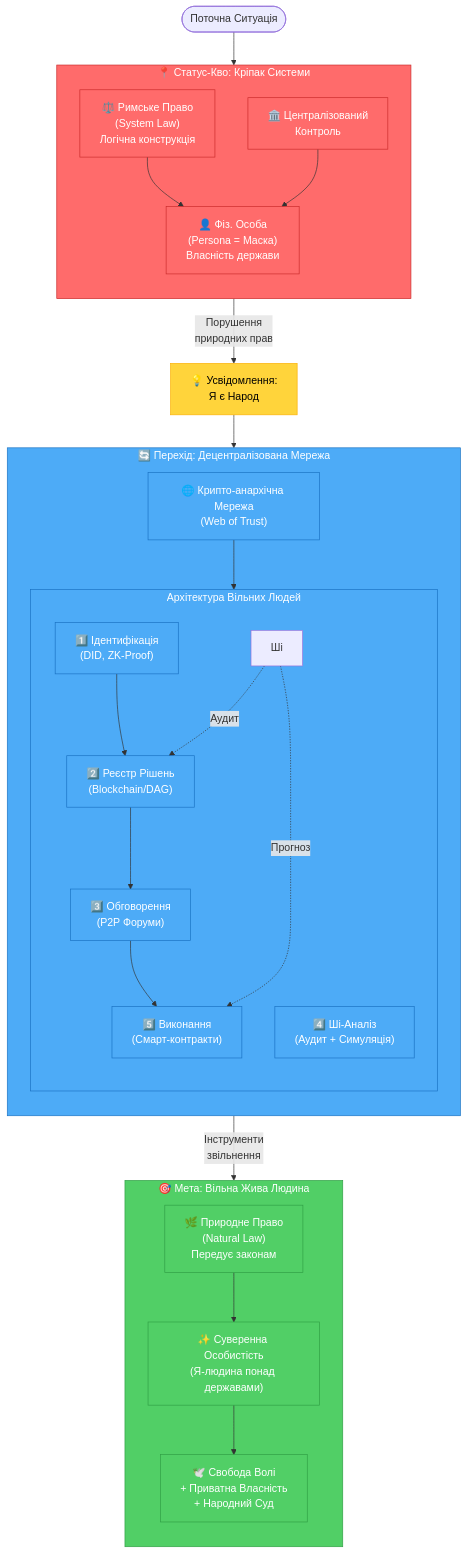
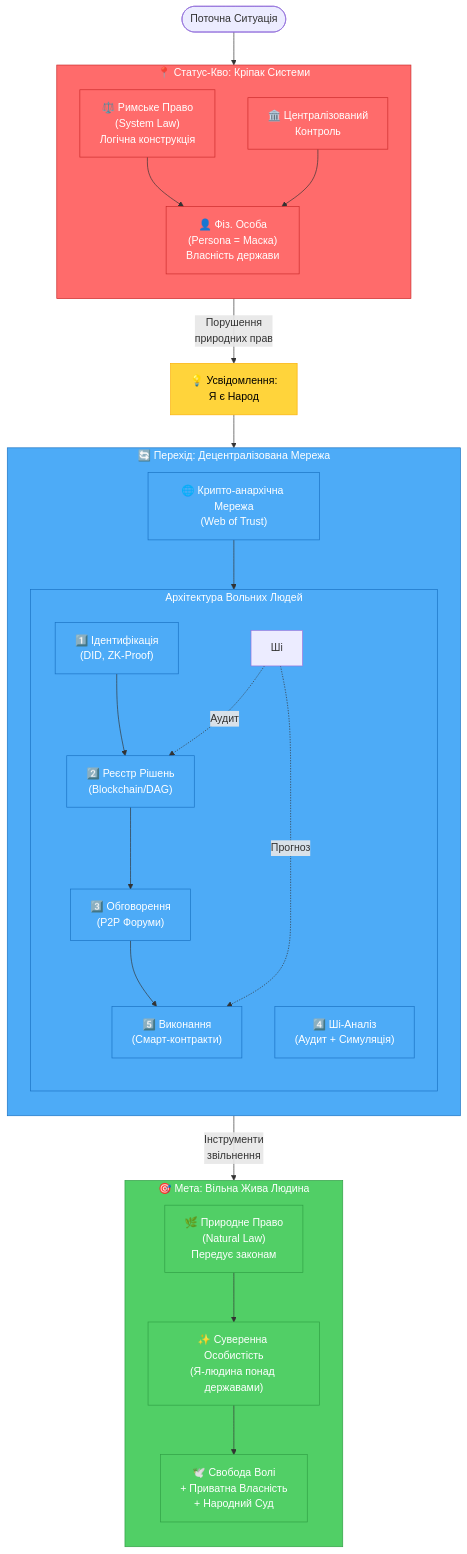
The diagram in README.md (yaro-rasta/willni), drawn with Mermaid before and after one commit. The commit also changed other lines of this file and 58 other files, not shown here.

````diff
--- a/README.md
+++ b/README.md
@@ -9,70 +9,70 @@
 ```mermaid
 flowchart TB
     %% Статус-Кво
     Start([Поточна Ситуація]) --> StatusQuo
-    
+
     subgraph StatusQuo [📍 Статус-Кво: Кріпак Системи]
         direction TB
         RL["⚖️ Римське Право<br/>(System Law)<br/>Логічна конструкція"]
         Person["👤 Фіз. Особа<br/>(Persona = Маска)<br/>Власність держави"]
         Central["🏛️ Централізований<br/>Контроль"]
-        
+
         RL --> Person
         Central --> Person
     end
-    
+
     %% Усвідомлення проблеми
     StatusQuo -->|Порушення<br/>природних прав| Awareness
-    
+
     Awareness["💡 Усвідомлення:<br/>Я є Народ"]
-    
+
     %% Перехід
     Awareness --> Transition
-    
+
     subgraph Transition [🔄 Перехід: Децентралізована Мережа]
         direction TB
-        
+
         Net["🌐 Крипто-анархічна Мережа<br/>(Web of Trust)"]
-        
+
         Net --> Arch
-        
-        subgraph Arch [Архітектура Вільних Людей]
+
+        subgraph Arch [Архітектура Вольних Людей]
             direction TB
             ID["1️⃣ Ідентифікація<br/>(DID, ZK-Proof)"]
             Reg["2️⃣ Реєстр Рішень<br/>(Blockchain/DAG)"]
             Disc["3️⃣ Обговорення<br/>(P2P Форуми)"]
             AI["4️⃣ Ші-Аналіз<br/>(Аудит + Симуляція)"]
             Exec["5️⃣ Виконання<br/>(Смарт-контракти)"]
-            
+
             ID --> Reg
             Reg --> Disc
             Disc --> Exec
             Ші -.->|Аудит| Reg
             Ші -.->|Прогноз| Exec
         end
     end
-    
+
     %% Мета
     Transition -->|Інструменти<br/>звільнення| Goal
-    
+
     subgraph Goal [🎯 Мета: Вільна Жива Людина]
         direction TB
         NL["🌿 Природне Право<br/>(Natural Law)<br/>Передує законам"]
         Sovereign["✨ Суверенна Особистість<br/>(Я-людина понад державами)"]
         Freedom["🕊️ Свобода Волі<br/>+ Приватна Власність<br/>+ Народний Суд"]
-        
+
         NL --> Sovereign
         Sovereign --> Freedom
     end
-    
+
     %% Стилі
     classDef statusClass fill:#ff6b6b,stroke:#c92a2a,color:#fff
     classDef transitionClass fill:#4dabf7,stroke:#1971c2,color:#fff
     classDef goalClass fill:#51cf66,stroke:#2f9e44,color:#fff
     classDef awarenessClass fill:#ffd43b,stroke:#fab005,color:#000
-    
+
     class StatusQuo,RL,Person,Central statusClass
     class Transition,Net,Arch,ID,Reg,Disc,AI,Exec transitionClass
     class Goal,NL,Sovereign,Freedom goalClass
     class Awareness awarenessClass
 ```
````
